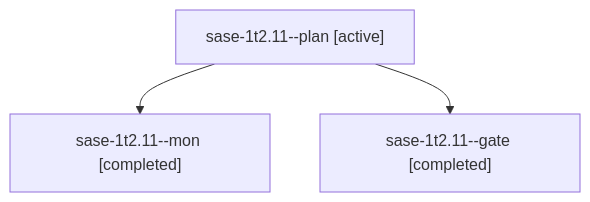
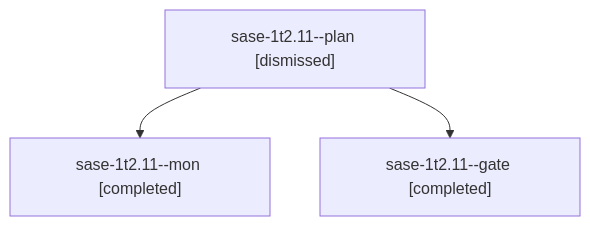
Before and after one commit to sase-org/sase--agents: the diagram in sessions/bbugyi200.athena.sase-1t2.11.md, drawn with Mermaid. The commit also changed other lines of this file and 267 other files, not shown here.

````diff
--- a/sessions/bbugyi200.athena.sase-1t2.11.md
+++ b/sessions/bbugyi200.athena.sase-1t2.11.md
@@ -9,8 +9,8 @@
 ```mermaid
 flowchart TD
-  n0["sase-1t2.11--plan [active]"]
+  n0["sase-1t2.11--plan [dismissed]"]
   n1["sase-1t2.11--mon [completed]"]
   n0 --> n1
   n2["sase-1t2.11--gate [completed]"]
   n0 --> n2
 ```
````
